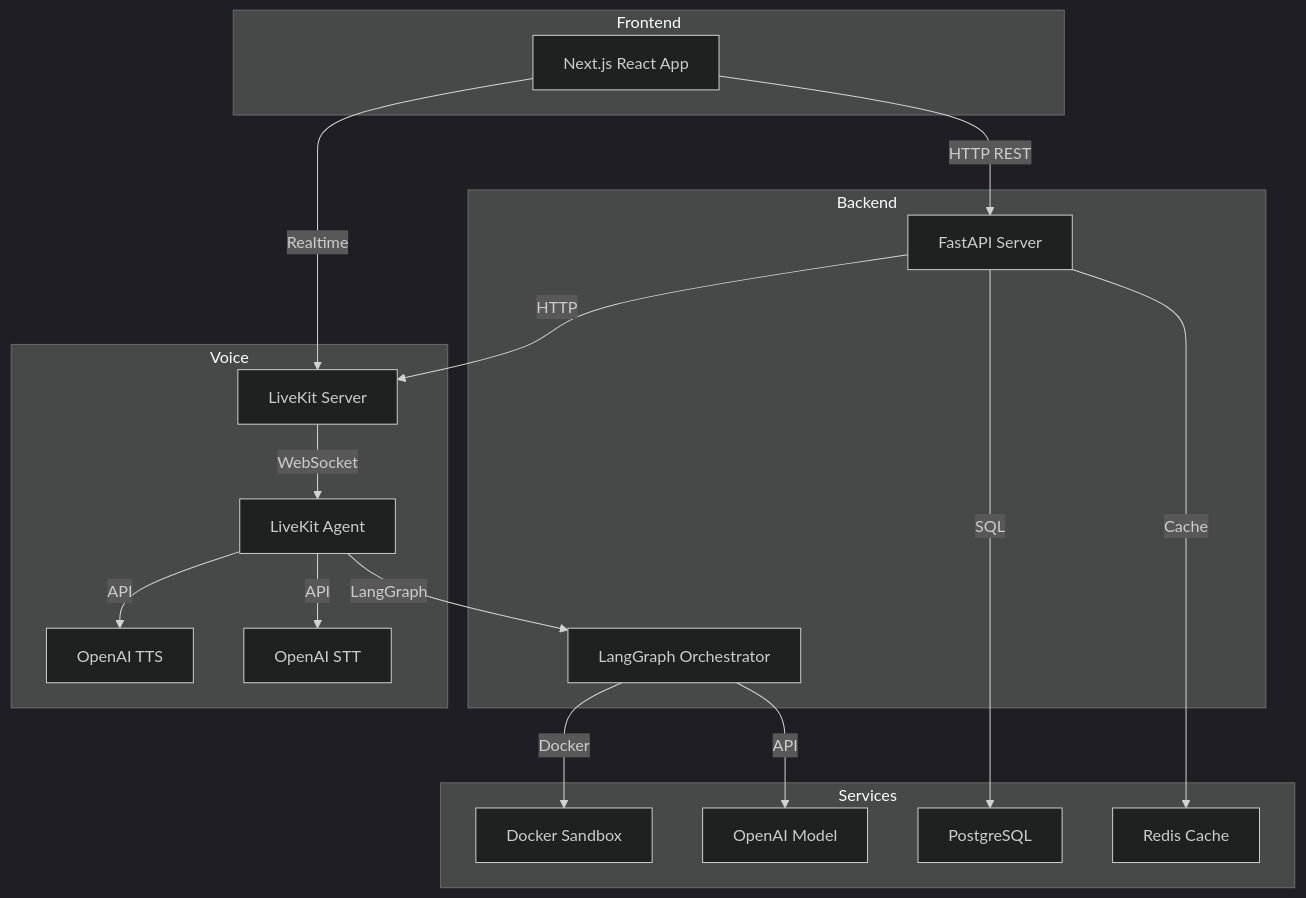
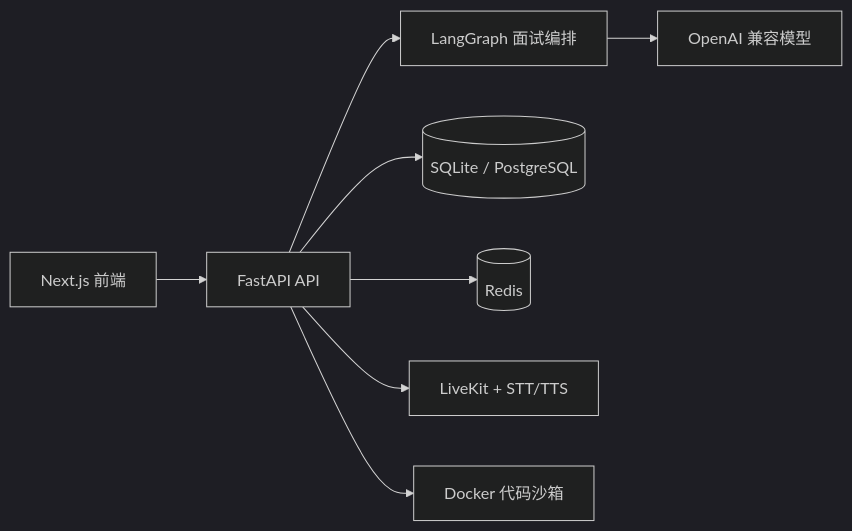
Before and after one commit to baiqijun233/InterviewLab: the diagram in README.md, drawn with Mermaid (dark theme). The commit also changed other lines of this file and 4 other files, not shown here.

````diff
--- a/README.md
+++ b/README.md
@@ -92,37 +54,10 @@
 ```mermaid
-graph TB
-    subgraph Frontend
-        FE[Next.js React App]
-    end
-
-    subgraph Backend
-        API[FastAPI Server]
-        ORCH[LangGraph Orchestrator]
-    end
-
-    subgraph Voice
-        LK[LiveKit Server]
-        AGENT[LiveKit Agent]
-        TTS[OpenAI TTS]
-        STT[OpenAI STT]
-    end
-
-    subgraph Services
-        SB[Docker Sandbox]
-        LLM[OpenAI Model]
-        DB[PostgreSQL]
-        REDIS[Redis Cache]
-    end
-
-    FE -->|HTTP REST| API
-    FE -->|Realtime| LK
-    API -->|HTTP| LK
-    API -->|SQL| DB
-    API -->|Cache| REDIS
-    LK -->|WebSocket| AGENT
-    AGENT -->|LangGraph| ORCH
-    ORCH -->|API| LLM
-    ORCH -->|Docker| SB
-    AGENT -->|API| TTS
-    AGENT -->|API| STT
+flowchart LR
+    FE[Next.js 前端] --> API[FastAPI API]
+    API --> ORCH[LangGraph 面试编排]
+    ORCH --> LLM[OpenAI 兼容模型]
+    API --> DB[(SQLite / PostgreSQL)]
+    API --> REDIS[(Redis)]
+    API --> VOICE[LiveKit + STT/TTS]
+    API --> SB[Docker 代码沙箱]
 ```
````
